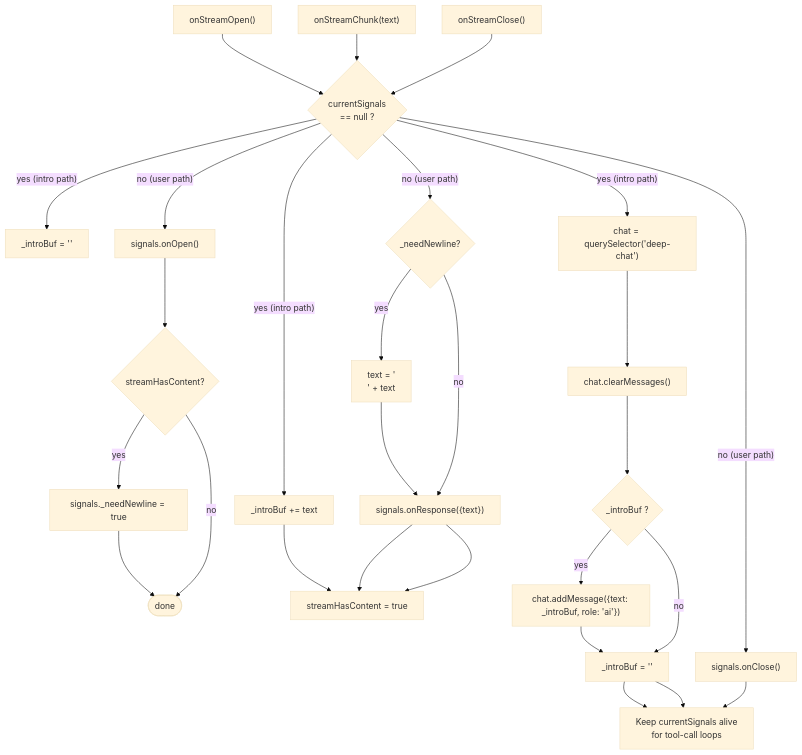
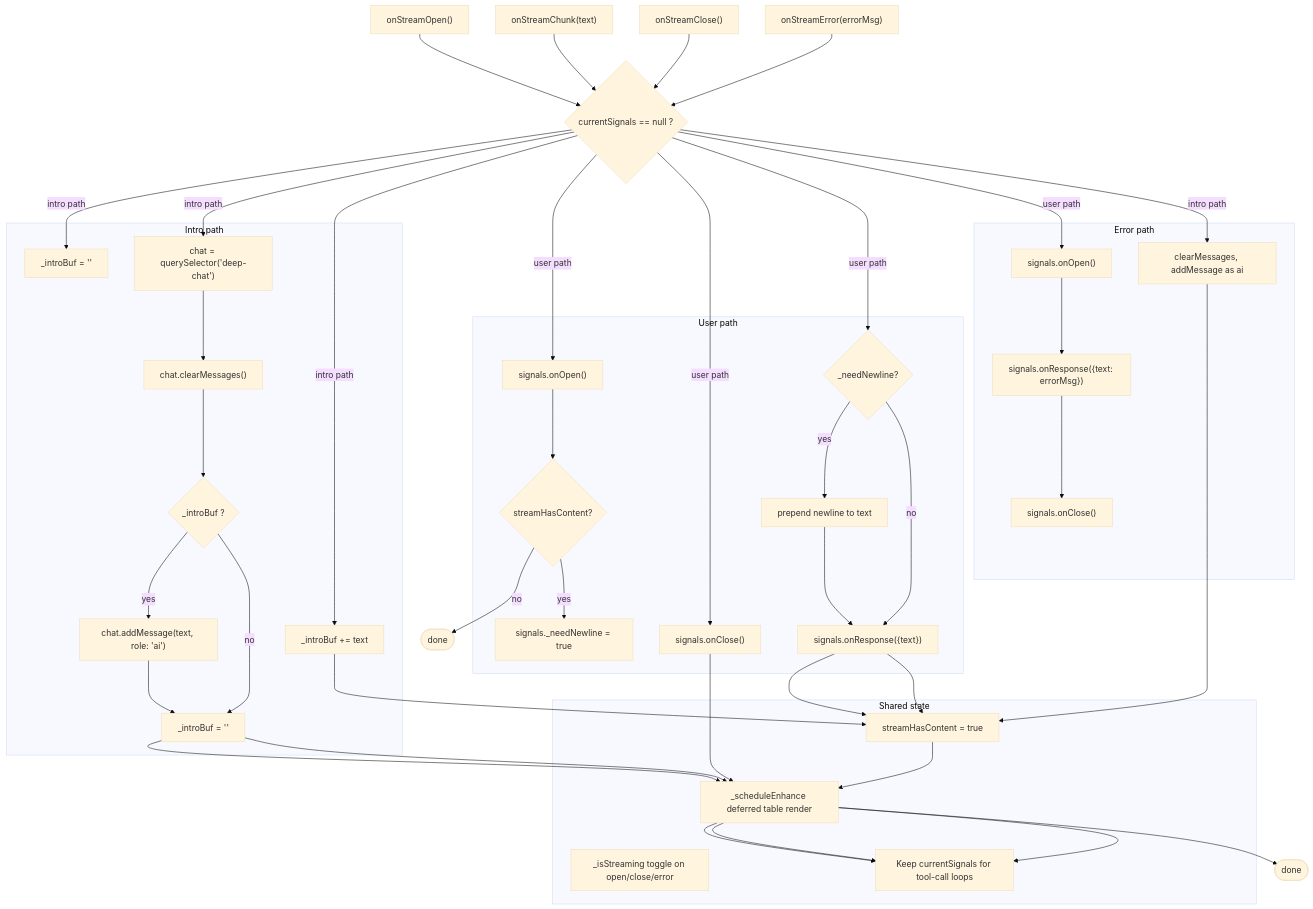
Before and after one commit to jasp-stats/jasp-desktop: the diagram in Docs/development/aiBridge/06_two_path_architecture.mmd, drawn with Mermaid (base theme). The commit also changed 14 other files, not shown here.

```diff
--- a/Docs/development/aiBridge/06_two_path_architecture.mmd
+++ b/Docs/development/aiBridge/06_two_path_architecture.mmd
@@ -1,42 +1,64 @@
 flowchart TD
     ON_OPEN["onStreamOpen()"]
     ON_CHUNK["onStreamChunk(text)"]
     ON_CLOSE["onStreamClose()"]
-    CS{"currentSignals\n== null ?"}
+    ON_ERR["onStreamError(errorMsg)"]
+    CS{"currentSignals == null ?"}
 
-    OP_NULL["_introBuf = ''"]
-    OP_SIG["signals.onOpen()"]
-    OP_NEEDLE{"streamHasContent?"}
-    OP_NL["signals._needNewline = true"]
+    subgraph INTRO["Intro path"]
+        OP_NULL["_introBuf = ''"]
+        CH_NULL["_introBuf += text"]
+        CL_NULL1["chat = querySelector('deep-chat')"]
+        CL_NULL2["chat.clearMessages()"]
+        CL_NULL3{"_introBuf ?"}
+        CL_NULL4["chat.addMessage(text, role: 'ai')"]
+        CL_NULL5["_introBuf = ''"]
+    end
 
-    CH_NULL["_introBuf += text"]
-    CH_SIG_NL{"_needNewline?"}
-    CH_SIG_PRE["text = '\n' + text"]
-    CH_SIG["signals.onResponse({text})"]
-    CHASH["streamHasContent = true"]
+    subgraph USER["User path"]
+        OP_SIG["signals.onOpen()"]
+        OP_NEEDLE{"streamHasContent?"}
+        OP_NL["signals._needNewline = true"]
 
-    CL_NULL1["chat = querySelector('deep-chat')"]
-    CL_NULL2["chat.clearMessages()"]
-    CL_NULL3{"_introBuf ?"}
-    CL_NULL4["chat.addMessage({text: _introBuf, role: 'ai'})"]
-    CL_NULL5["_introBuf = ''"]
-    CL_SIG["signals.onClose()"]
-    CL_COMMENT["Keep currentSignals alive\nfor tool-call loops"]
+        CH_SIG_NL{"_needNewline?"}
+        CH_SIG_PRE["prepend newline to text"]
+        CH_SIG["signals.onResponse({text})"]
+
+        CL_SIG["signals.onClose()"]
+    end
+
+    subgraph ERR["Error path"]
+        ERR_SIG_ON["signals.onOpen()"]
+        ERR_SIG_TXT["signals.onResponse({text: errorMsg})"]
+        ERR_SIG_CL["signals.onClose()"]
+        ERR_NULL["clearMessages, addMessage as ai"]
+    end
+
+    subgraph SHARED["Shared state"]
+        IS["_isStreaming toggle on open/close/error"]
+        HAS["streamHasContent = true"]
+        TABLE["_scheduleEnhance deferred table render"]
+        KEEP["Keep currentSignals for tool-call loops"]
+    end
 
     ON_OPEN --> CS
-    CS -->|"yes (intro path)"| OP_NULL
-    CS -->|"no (user path)"| OP_SIG --> OP_NEEDLE
-    OP_NEEDLE -->|yes| OP_NL --> DONE(["done"])
-    OP_NEEDLE -->|no| DONE
+    CS -->|"intro path"| OP_NULL
+    CS -->|"user path"| OP_SIG --> OP_NEEDLE
+    OP_NEEDLE -->|yes| OP_NL
+    OP_NEEDLE -->|no| DONE_STATE(["done"])
 
     ON_CHUNK --> CS
-    CS -->|"yes (intro path)"| CH_NULL --> CHASH
-    CS -->|"no (user path)"| CH_SIG_NL
-    CH_SIG_NL -->|yes| CH_SIG_PRE --> CH_SIG --> CHASH
-    CH_SIG_NL -->|no| CH_SIG --> CHASH
+    CS -->|"intro path"| CH_NULL --> HAS
+    CS -->|"user path"| CH_SIG_NL
+    CH_SIG_NL -->|yes| CH_SIG_PRE --> CH_SIG --> HAS
+    CH_SIG_NL -->|no| CH_SIG --> HAS
 
     ON_CLOSE --> CS
-    CS -->|"yes (intro path)"| CL_NULL1 --> CL_NULL2 --> CL_NULL3
-    CL_NULL3 -->|yes| CL_NULL4 --> CL_NULL5 --> CL_COMMENT
-    CL_NULL3 -->|no| CL_NULL5 --> CL_COMMENT
-    CS -->|"no (user path)"| CL_SIG --> CL_COMMENT
+    CS -->|"intro path"| CL_NULL1 --> CL_NULL2 --> CL_NULL3
+    CL_NULL3 -->|yes| CL_NULL4 --> CL_NULL5 --> TABLE --> KEEP
+    CL_NULL3 -->|no| CL_NULL5 --> TABLE --> KEEP
+    CS -->|"user path"| CL_SIG --> TABLE --> KEEP
+
+    ON_ERR --> CS
+    CS -->|"intro path"| ERR_NULL --> HAS --> TABLE --> DONE2(["done"])
+    CS -->|"user path"| ERR_SIG_ON --> ERR_SIG_TXT --> ERR_SIG_CL
```
